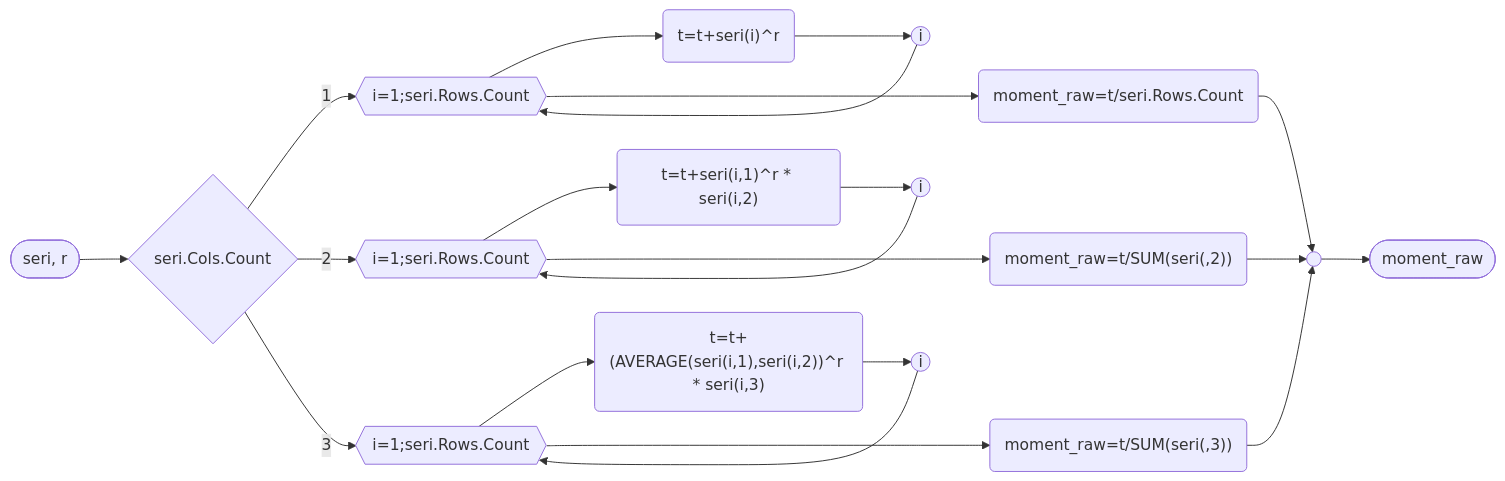
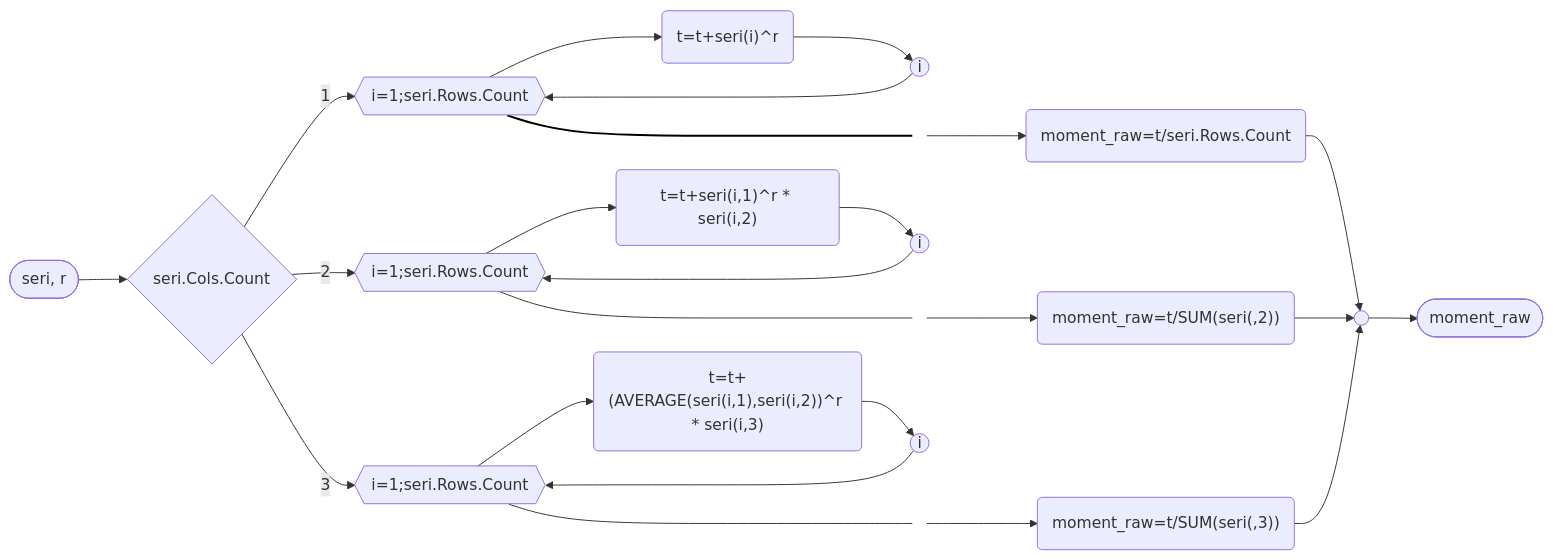
Before and after one commit to lterlemez/Excel-VBA--statistik: the diagram in VBA_Statistics/README.md, drawn with Mermaid.

Commit message:
Content Update README.md
Some improvements on flowchart...

````diff
--- a/VBA_Statistics/README.md
+++ b/VBA_Statistics/README.md
@@ -50,17 +50,20 @@
 ```mermaid
+%%{ init: { 'flowchart': { 'curve': 'monotoneXY' } } }%%
 flowchart LR
 A([seri, r]) --> B
 B{seri.Cols.Count}
 B--1--> E{{"i=1;seri.Rows.Count"}}
 E-->F("t=t+seri(i)^r")-->G((i)) 
 G-->E
-E---->H("moment_raw=t/seri.Rows.Count")-->Z((" "))
+E----Z1((" ")):::hidden--->H("moment_raw=t/seri.Rows.Count")-->Z((" "))
 B--2-->K{{"i=1;seri.Rows.Count"}}
 K-->M("t=t+seri(i,1)^r * seri(i,2)")-->N((i))
 N-->K
-K---->O("moment_raw=t/SUM(seri(,2))")-->Z((" "))-->J([moment_raw])
+K----Z2((" ")):::hidden--->O("moment_raw=t/SUM(seri(,2))")-->Z((" "))-->J([moment_raw])
 B--3-->L{{"i=1;seri.Rows.Count"}}
 L-->P("t=t+(AVERAGE(seri(i,1),seri(i,2))^r * seri(i,3)")-->Q((i))
 Q-->L
-L---->R("moment_raw=t/SUM(seri(,3))")-->Z((" "))
+L----Z3((" ")):::hidden--->R("moment_raw=t/SUM(seri(,3))")-->Z((" "))
+linkStyle 5 stroke:black,stroke-width:2px,color;
+classDef hidden display: none;
 ```
````
